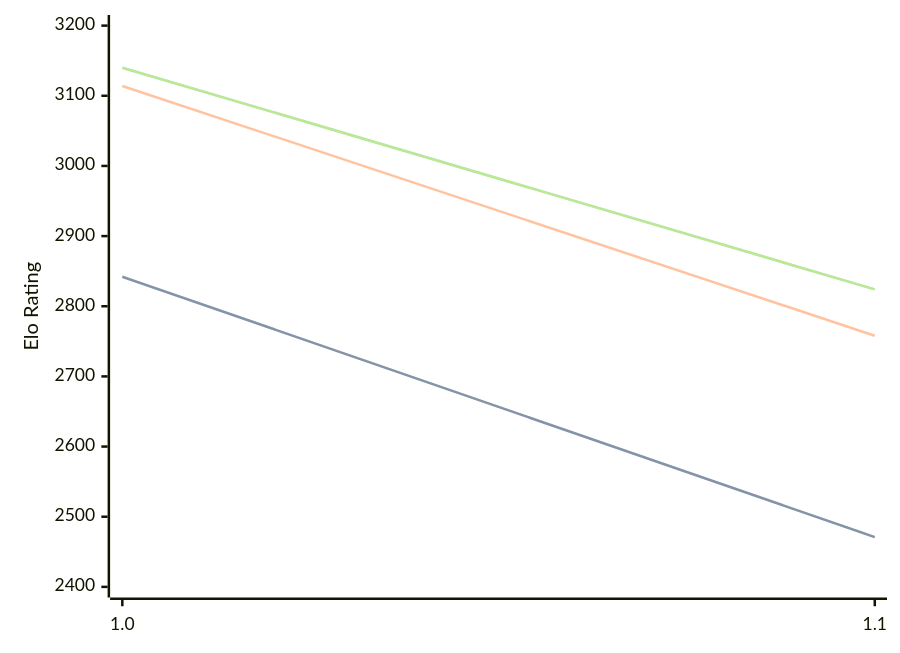
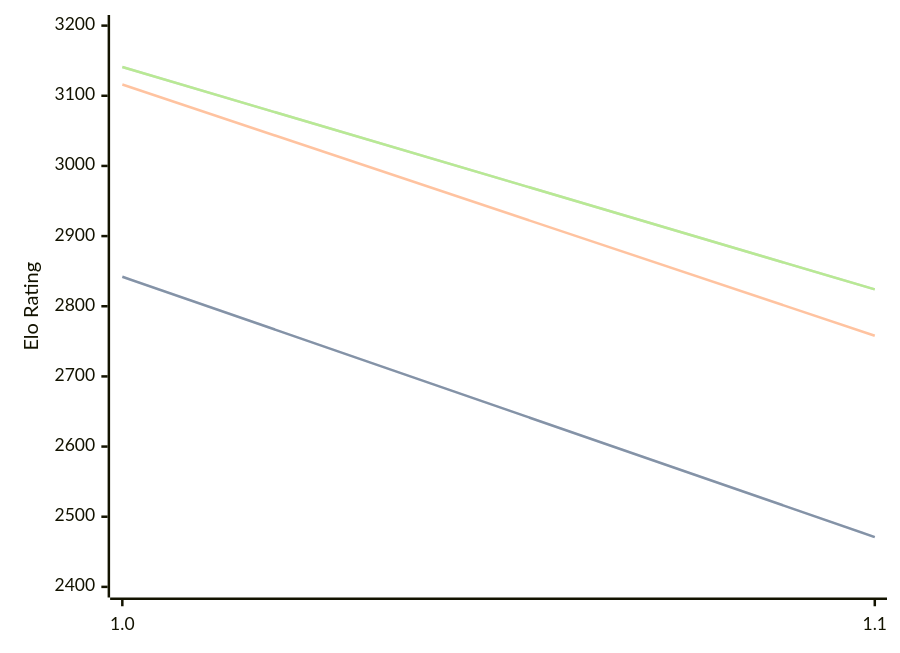
Before and after one commit to computer-chess-index/cci: the diagram in engines/Publius.md, drawn with Mermaid. The commit also changed other lines of this file, not shown here.

Commit message:
Update CCI Ratings (ELO VLTC) - 2026-09-27

````diff
--- a/engines/Publius.md
+++ b/engines/Publius.md
@@ -32,11 +32,11 @@
 ```mermaid
 %%{init: {"theme":"base","themeVariables":{"seriesColors:['#a3a3a3','#222221','#faa371']}}}%%
 xychart-beta
   x-axis ["1.0", "1.1"]
   y-axis "Elo Rating" 2400 --> 3200
   line "" [2842, 2471]
   line "STC (8.0+0.08s)" [2842, 2471]
-  line "LTC (60.0+0.60s)" [3114, 2758]
-  line "" [3140, 2824]
-  line "VLTC (2m24s+1.12s)" [3140, 2824]
+  line "LTC (60.0+0.60s)" [3116, 2758]
+  line "" [3141, 2824]
+  line "VLTC (2m24s+1.12s)" [3141, 2824]
 ```
````
